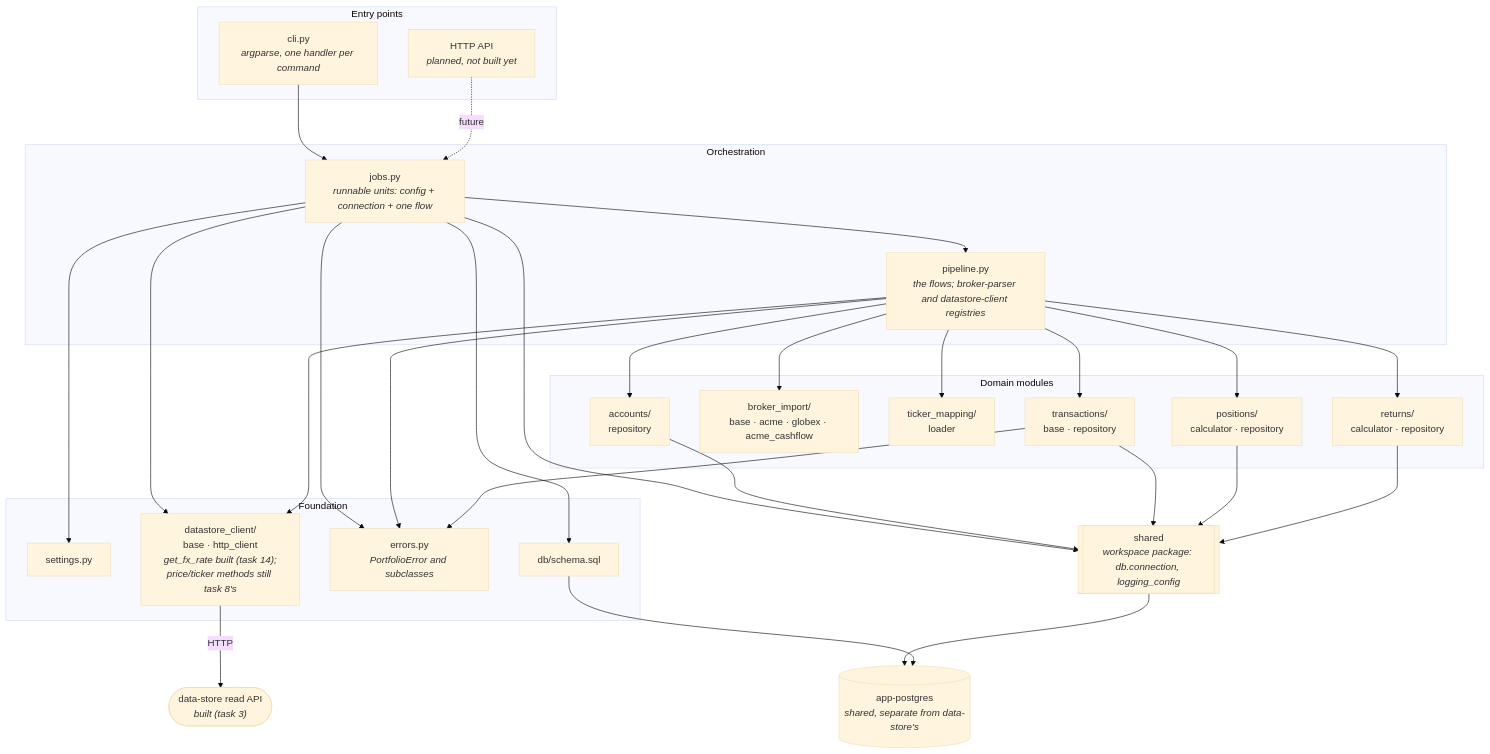
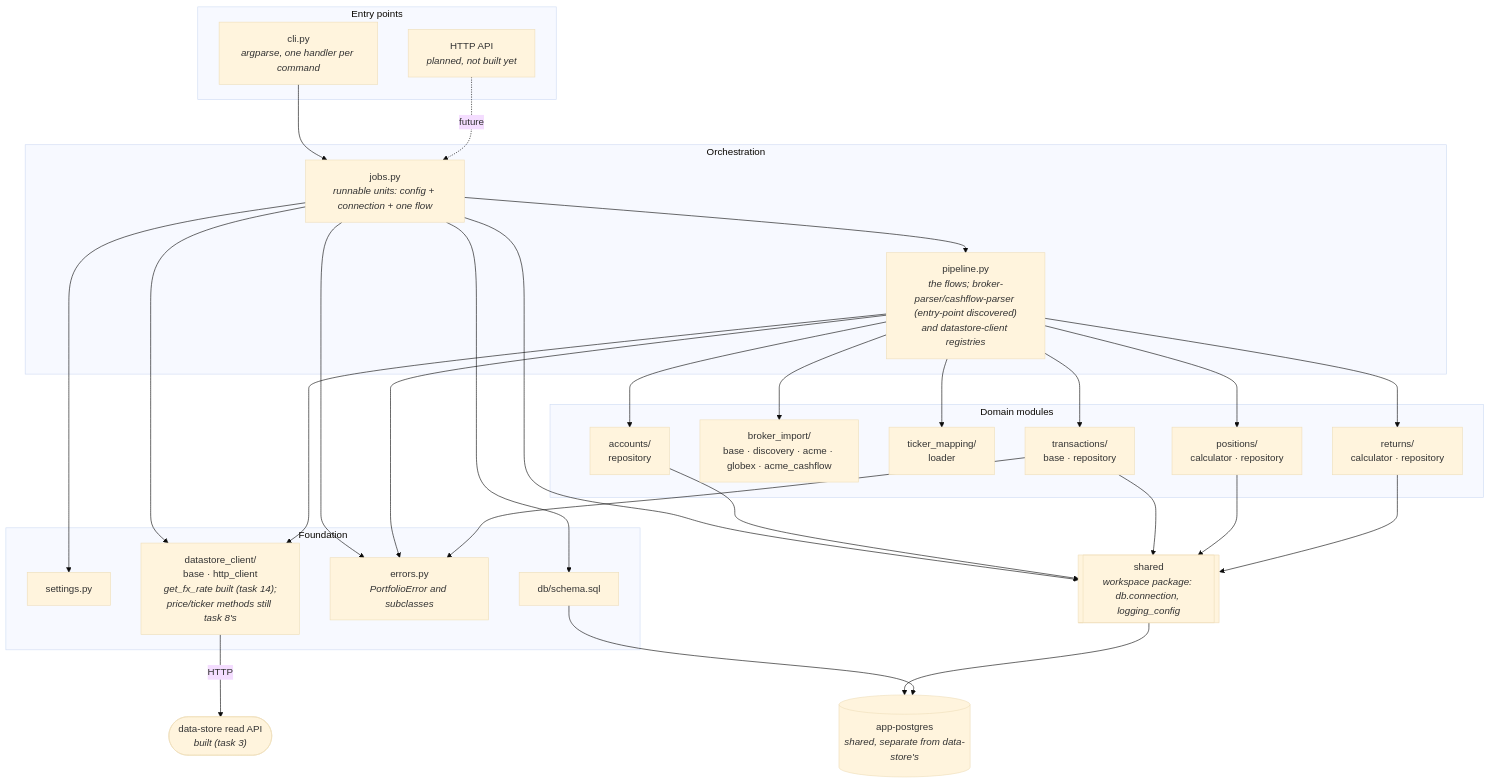
One commit to jpedropereira/Stakehold changed the first of 2 diagrams in services/portfolio/docs/architecture.md. Above: the diagram before and after it, drawn with Mermaid (base theme). The commit also changed other lines of this file and 12 other files, not shown here.

First line of the commit message:
Build entry-point discovery for broker/cashflow parsers (self-hosted)

````diff
--- a/services/portfolio/docs/architecture.md
+++ b/services/portfolio/docs/architecture.md
@@ -55,57 +55,57 @@
 ```mermaid
 flowchart TD
     subgraph entry["Entry points"]
         CLI["cli.py<br/><i>argparse, one handler per command</i>"]
         API["HTTP API<br/><i>planned, not built yet</i>"]
     end
 
     subgraph orch["Orchestration"]
         JOBS["jobs.py<br/><i>runnable units: config + connection + one flow</i>"]
-        PIPE["pipeline.py<br/><i>the flows; broker-parser and datastore-client registries</i>"]
+        PIPE["pipeline.py<br/><i>the flows; broker-parser/cashflow-parser (entry-point discovered)<br/>and datastore-client registries</i>"]
     end
 
     subgraph domain["Domain modules"]
         ACC["accounts/<br/>repository"]
-        IMP["broker_import/<br/>base · acme · globex · acme_cashflow"]
+        IMP["broker_import/<br/>base · discovery · acme · globex · acme_cashflow"]
         MAP["ticker_mapping/<br/>loader"]
         TXN["transactions/<br/>base · repository"]
         POS["positions/<br/>calculator · repository"]
         RET["returns/<br/>calculator · repository"]
     end
 
     subgraph found["Foundation"]
         SET["settings.py"]
         DB["db/schema.sql"]
         ERR["errors.py<br/><i>PortfolioError and subclasses</i>"]
         DSC["datastore_client/<br/>base · http_client<br/><i>get_fx_rate built (task 14);<br/>price/ticker methods still task 8's</i>"]
     end
 
     SH[["shared<br/><i>workspace package: db.connection, logging_config</i>"]]
     PG[("app-postgres<br/><i>shared, separate from data-store's</i>")]
     DSAPI(["data-store read API<br/><i>built (task 3)</i>"])
 
     CLI --> JOBS
     API -.future.-> JOBS
     JOBS --> PIPE
     JOBS --> SET
     JOBS --> DB
     JOBS --> ERR
     JOBS --> DSC
     PIPE --> ACC
     PIPE --> IMP
     PIPE --> MAP
     PIPE --> TXN
     PIPE --> POS
     PIPE --> RET
     PIPE --> DSC
     PIPE --> ERR
     TXN --> ERR
     JOBS --> SH
     ACC --> SH
     TXN --> SH
     POS --> SH
     RET --> SH
     SH --> PG
     DB --> PG
     DSC -->|HTTP| DSAPI
 ```
````
